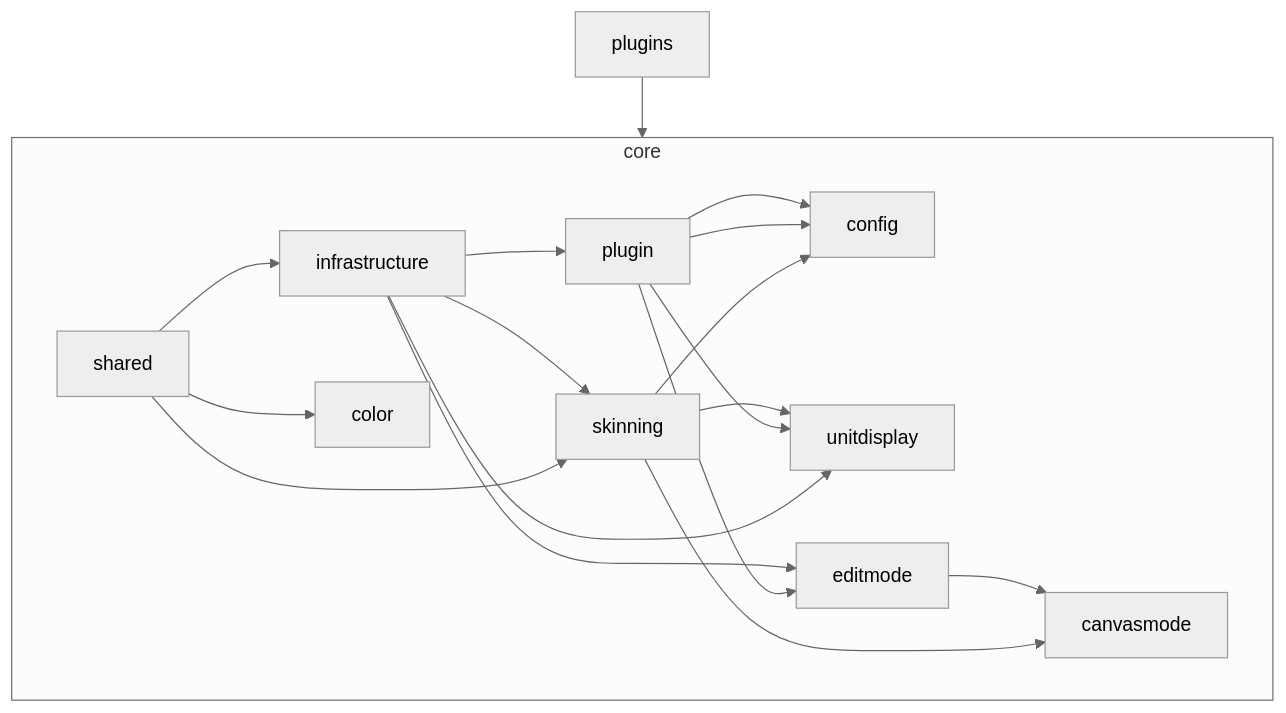
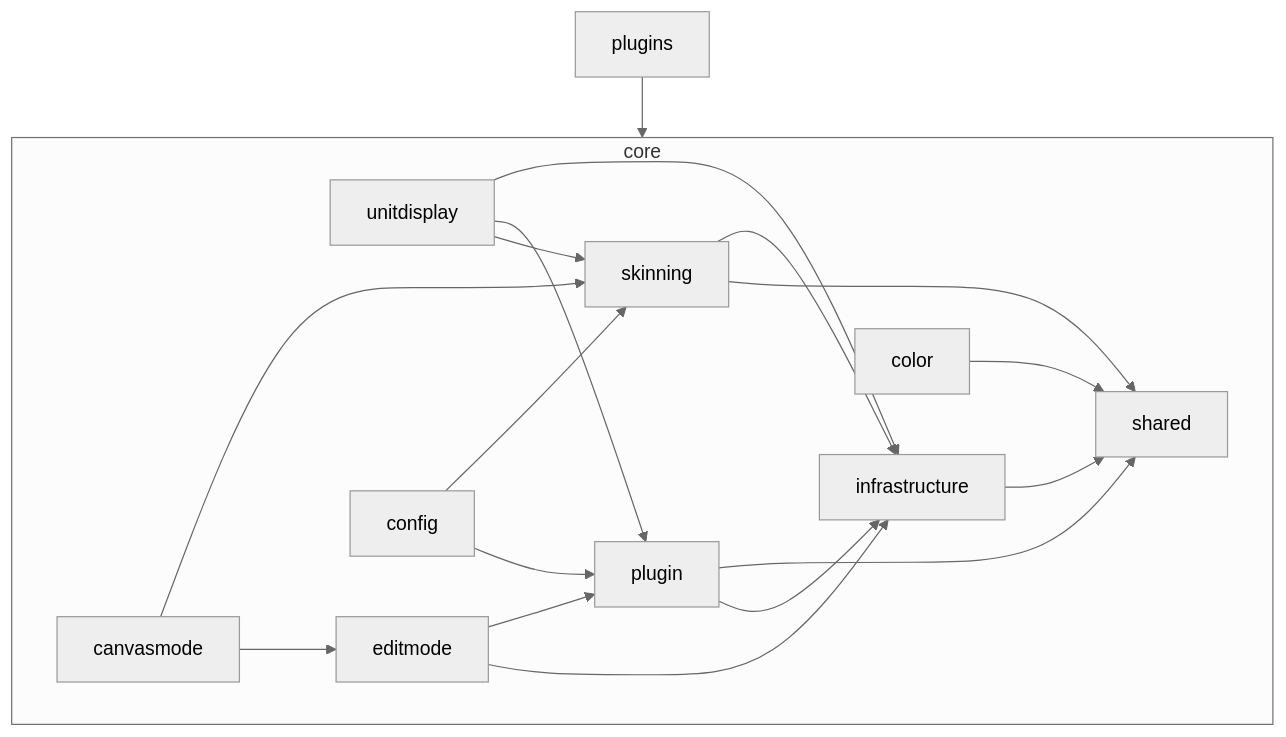
The second of 3 diagrams in CONTRIBUTE.md (MoONSHO7/Orbit), drawn with Mermaid (neutral theme) before and after one commit. The commit also changed 20 other files, not shown here.

````diff
--- a/CONTRIBUTE.md
+++ b/CONTRIBUTE.md
@@ -38,21 +38,21 @@
 ```mermaid
 graph TD
     subgraph core
-        shared --> infrastructure
-        infrastructure --> plugin
-        infrastructure --> skinning
-        plugin --> config
-        shared --> color
-        shared --> skinning
-        skinning --> unitdisplay
-        plugin --> unitdisplay
-        infrastructure --> unitdisplay
-        infrastructure --> editmode
-        plugin --> editmode
-        editmode --> canvasmode
-        skinning --> canvasmode
-        plugin --> config
-        skinning --> config
+        infrastructure --> shared
+        plugin --> infrastructure
+        plugin --> shared
+        color --> shared
+        skinning --> shared
+        skinning --> infrastructure
+        unitdisplay --> skinning
+        unitdisplay --> plugin
+        unitdisplay --> infrastructure
+        editmode --> infrastructure
+        editmode --> plugin
+        canvasmode --> editmode
+        canvasmode --> skinning
+        config --> plugin
+        config --> skinning
     end
     plugins --> core
 ```
````
